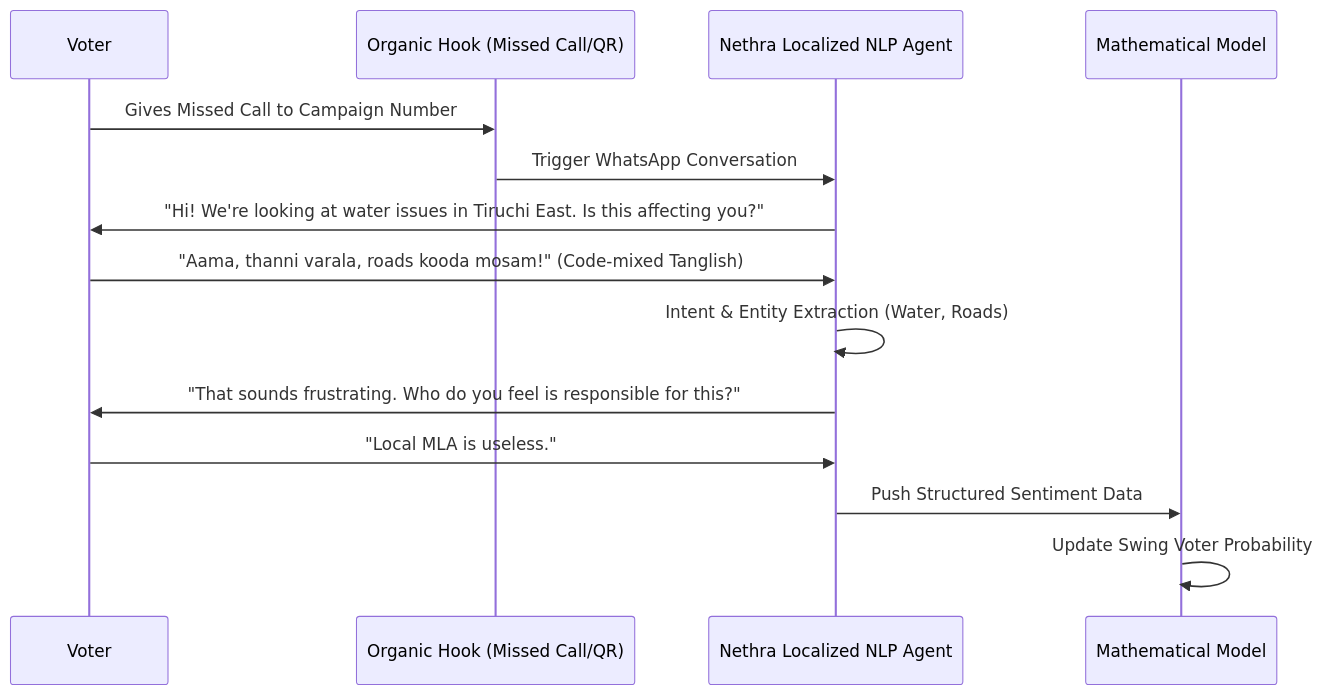
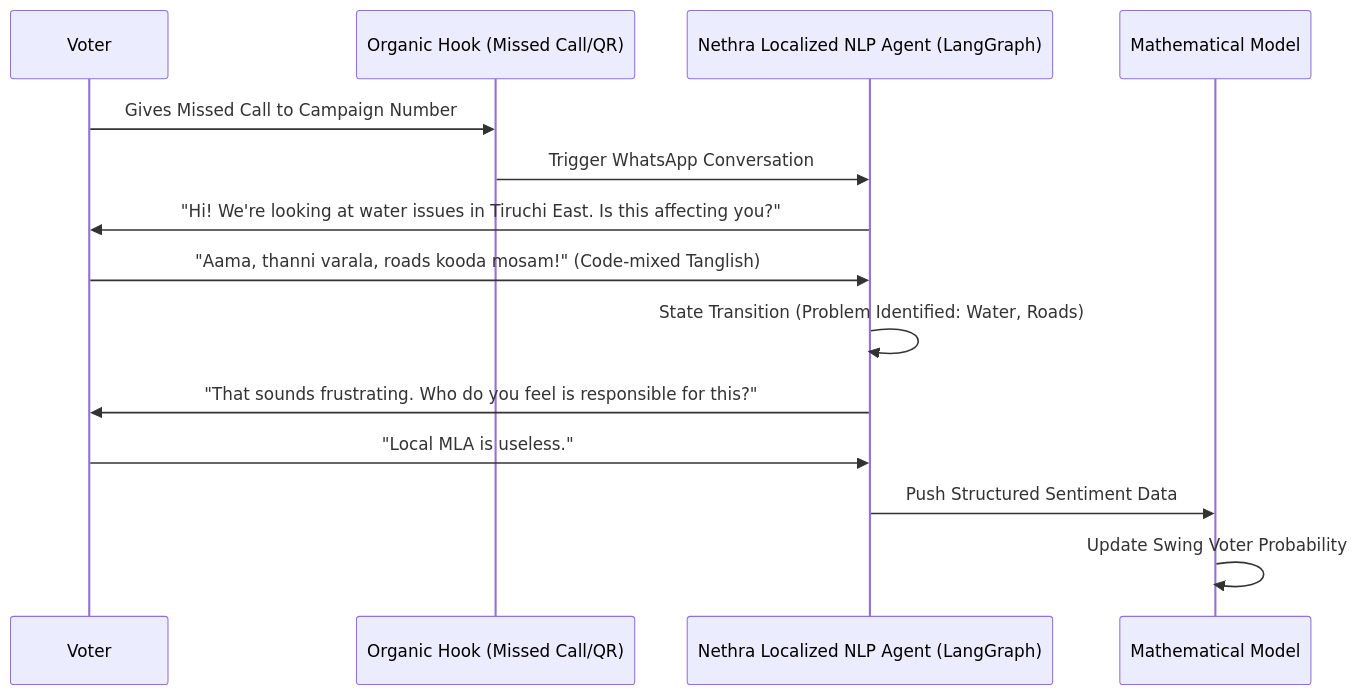
One commit to pramodcbabu/debaz changed the diagram in nethra/docs/survey_design_engine.md. Above: the diagram before and after it, drawn with Mermaid. The commit also changed other lines of this file and 4 other files, not shown here.

````diff
--- a/nethra/docs/survey_design_engine.md
+++ b/nethra/docs/survey_design_engine.md
@@ -11,17 +6,17 @@
 ```mermaid
 sequenceDiagram
     participant V as Voter
     participant A as Organic Hook (Missed Call/QR)
-    participant N as Nethra Localized NLP Agent
+    participant N as Nethra Localized NLP Agent (LangGraph)
     participant M as Mathematical Model
     
     V->>A: Gives Missed Call to Campaign Number
     A->>N: Trigger WhatsApp Conversation
     N->>V: "Hi! We're looking at water issues in Tiruchi East. Is this affecting you?"
     V->>N: "Aama, thanni varala, roads kooda mosam!" (Code-mixed Tanglish)
-    N->>N: Intent & Entity Extraction (Water, Roads)
+    N->>N: State Transition (Problem Identified: Water, Roads)
     N->>V: "That sounds frustrating. Who do you feel is responsible for this?"
     V->>N: "Local MLA is useless."
     N->>M: Push Structured Sentiment Data
     M->>M: Update Swing Voter Probability
 ```
````
